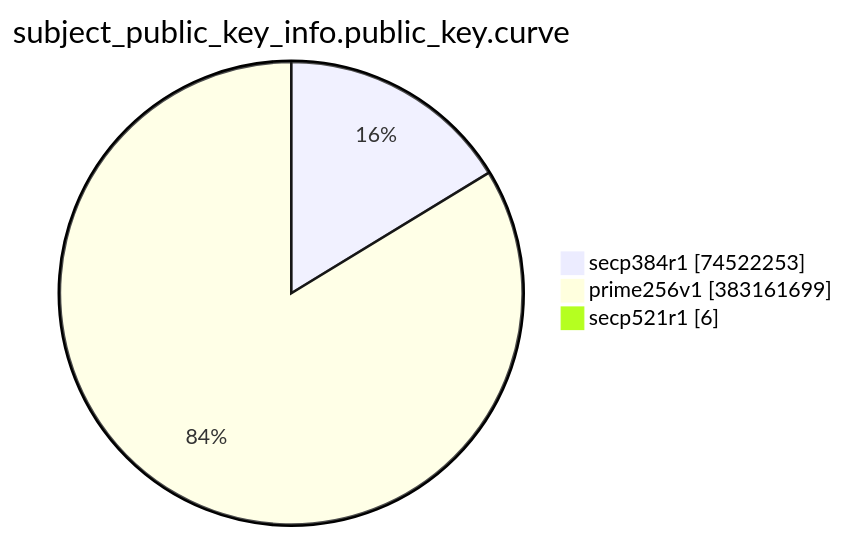
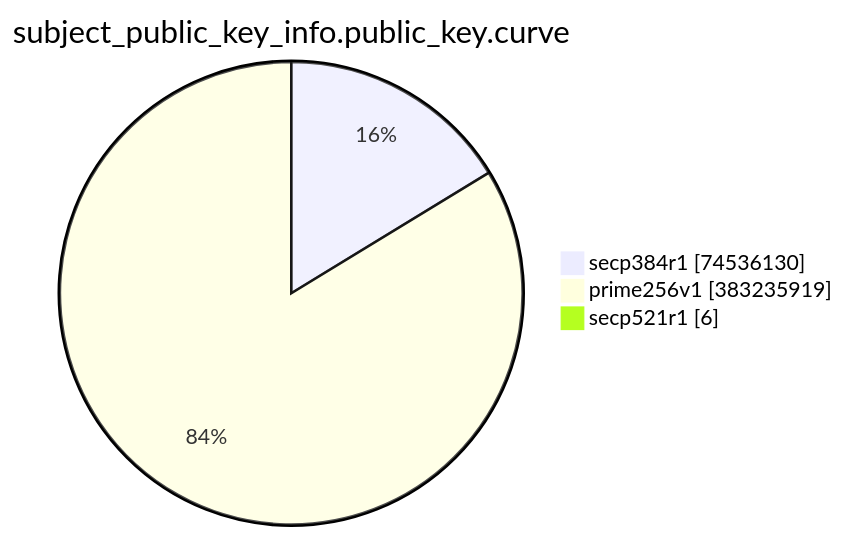
One commit to christiankrug/ctmonitor_visualization changed the eighth of 15 diagrams in TOTAL/README.md. Above: the diagram before and after it, drawn with Mermaid. The commit also changed other lines of this file, not shown here.

````diff
--- a/TOTAL/README.md
+++ b/TOTAL/README.md
@@ -3094,7 +3094,7 @@
 ```mermaid
 pie showData
 title subject_public_key_info.public_key.curve
-"secp384r1" :74522253
-"prime256v1" :383161699
+"secp384r1" :74536130
+"prime256v1" :383235919
 "secp521r1" :6
 ```
````
